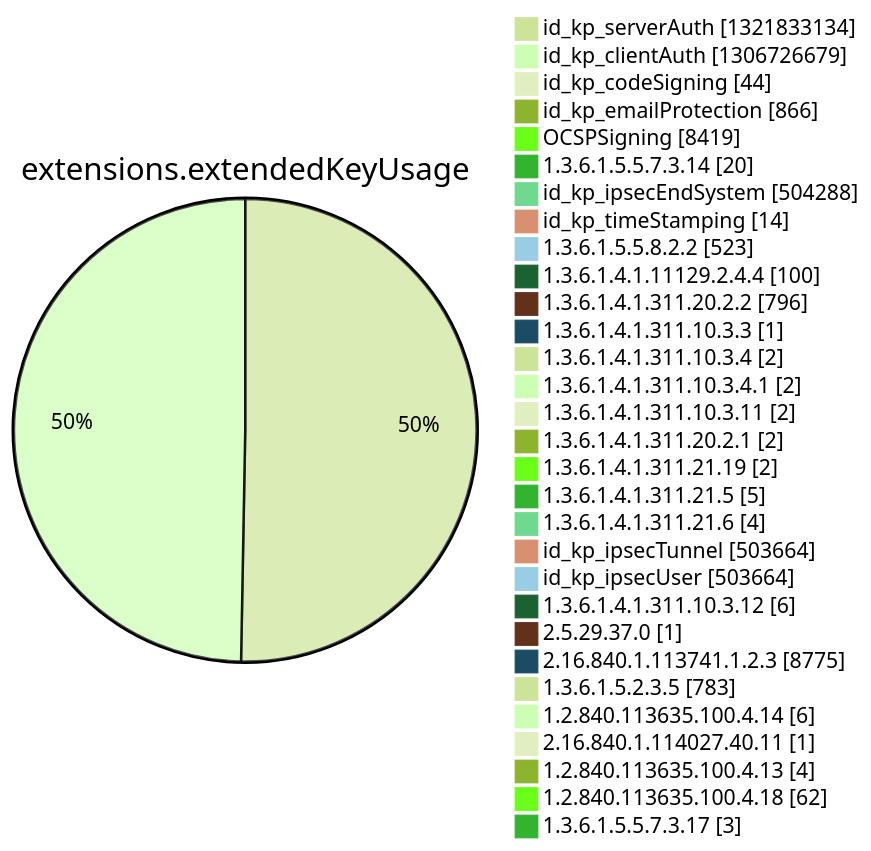
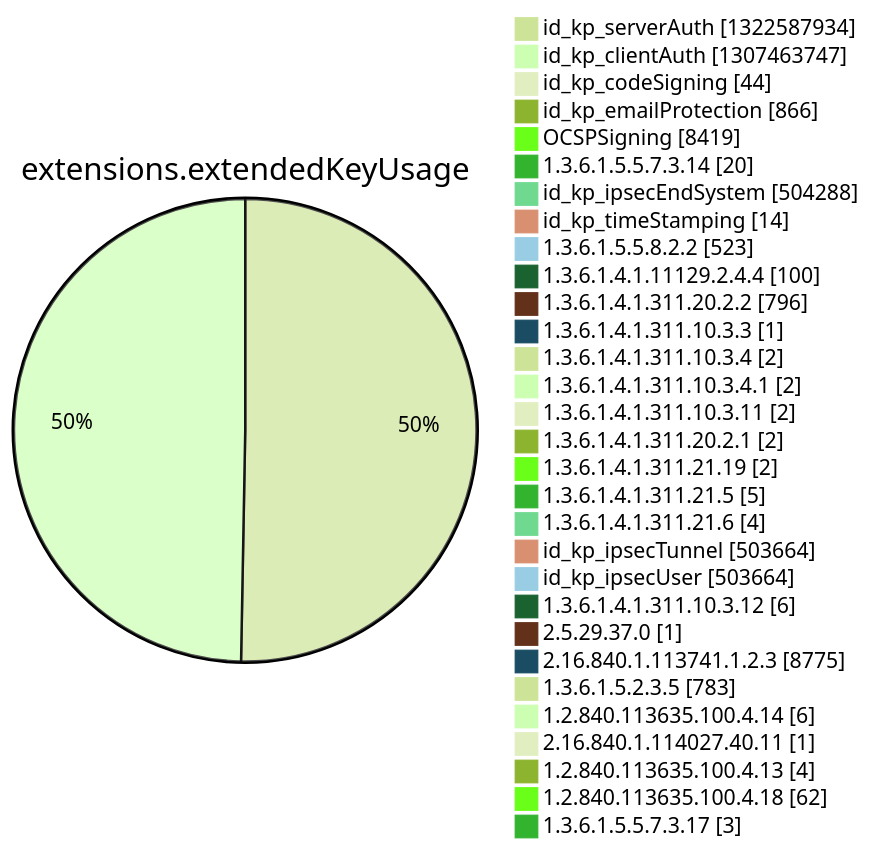
One commit to christiankrug/ctmonitor_visualization changed diagram 12 of 15 in argon2022/README.md. Above: the diagram before and after it, drawn with Mermaid (forest theme). The commit also changed other lines of this file, not shown here.

````diff
--- a/argon2022/README.md
+++ b/argon2022/README.md
@@ -3553,34 +3553,34 @@
 ```mermaid
 pie showData
 title extensions.extendedKeyUsage
-"id_kp_serverAuth" :1321833134
-"id_kp_clientAuth" :1306726679
+"id_kp_serverAuth" :1322587934
+"id_kp_clientAuth" :1307463747
 "id_kp_codeSigning" :44
 "id_kp_emailProtection" :866
 "OCSPSigning" :8419
 "1.3.6.1.5.5.7.3.14" :20
 "id_kp_ipsecEndSystem" :504288
 "id_kp_timeStamping" :14
 "1.3.6.1.5.5.8.2.2" :523
 "1.3.6.1.4.1.11129.2.4.4" :100
 "1.3.6.1.4.1.311.20.2.2" :796
 "1.3.6.1.4.1.311.10.3.3" :1
 "1.3.6.1.4.1.311.10.3.4" :2
 "1.3.6.1.4.1.311.10.3.4.1" :2
 "1.3.6.1.4.1.311.10.3.11" :2
 "1.3.6.1.4.1.311.20.2.1" :2
 "1.3.6.1.4.1.311.21.19" :2
 "1.3.6.1.4.1.311.21.5" :5
 "1.3.6.1.4.1.311.21.6" :4
 "id_kp_ipsecTunnel" :503664
 "id_kp_ipsecUser" :503664
 "1.3.6.1.4.1.311.10.3.12" :6
 "2.5.29.37.0" :1
 "2.16.840.1.113741.1.2.3" :8775
 "1.3.6.1.5.2.3.5" :783
 "1.2.840.113635.100.4.14" :6
 "2.16.840.1.114027.40.11" :1
 "1.2.840.113635.100.4.13" :4
 "1.2.840.113635.100.4.18" :62
 "1.3.6.1.5.5.7.3.17" :3
 ```
````
